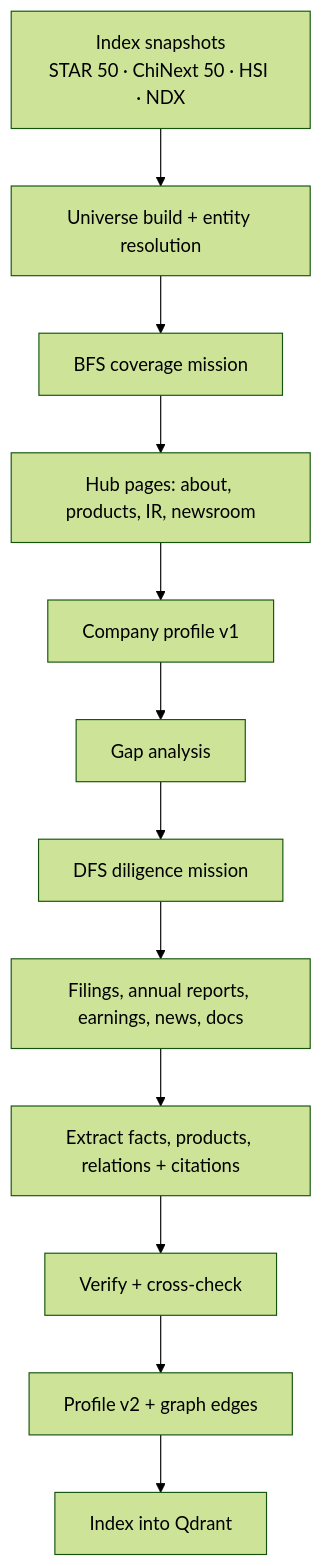
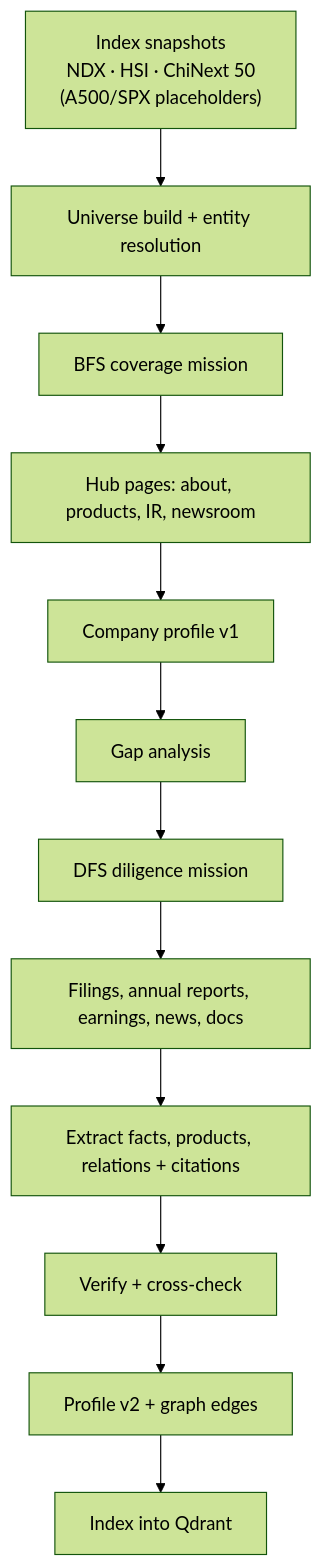
One commit to xubowenhaoren/OpenCorpCheck changed the second of 3 diagrams in docs/ARCHITECTURE.md. Above: the diagram before and after it, drawn with Mermaid (forest theme). The commit also changed other lines of this file and 7 other files, not shown here.

First line of the commit message:
docs: clean stale handoff; record P1/P2 roadmap

````diff
--- a/docs/ARCHITECTURE.md
+++ b/docs/ARCHITECTURE.md
@@ -404,14 +417,14 @@
 ```mermaid
 flowchart TD
-  I["Index snapshots<br/>STAR 50 · ChiNext 50 · HSI · NDX"] --> U["Universe build + entity resolution"]
+  I["Index snapshots<br/>NDX · HSI · ChiNext 50<br/>(A500/SPX placeholders)"] --> U["Universe build + entity resolution"]
   U --> B["BFS coverage mission"]
   B --> H["Hub pages: about, products, IR, newsroom"]
   H --> P1["Company profile v1"]
   P1 --> G["Gap analysis"]
   G --> D["DFS diligence mission"]
   D --> F["Filings, annual reports, earnings, news, docs"]
   F --> X["Extract facts, products, relations + citations"]
   X --> V["Verify + cross-check"]
   V --> P2["Profile v2 + graph edges"]
   P2 --> IDX["Index into Qdrant"]
 ```
````
